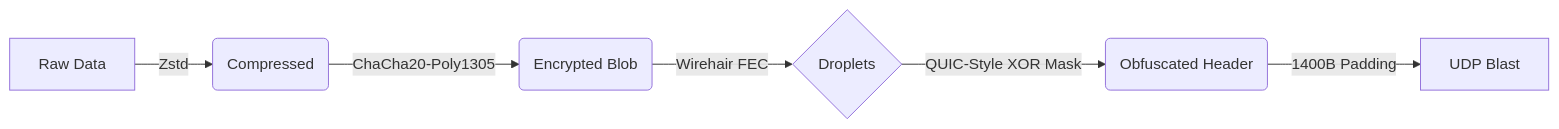
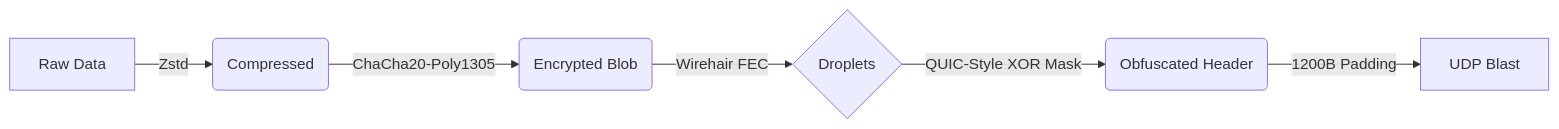
Before and after one commit to crux161/kyu2: the diagram in README.md, drawn with Mermaid. The commit also changed other lines of this file, not shown here.

````diff
--- a/README.md
+++ b/README.md
@@ -14,8 +14,8 @@
 ```mermaid
 graph LR
     A[Raw Data] -->|Zstd| B(Compressed)
     B -->|ChaCha20-Poly1305| C(Encrypted Blob)
     C -->|Wirehair FEC| D{Droplets}
     D -->|QUIC-Style XOR Mask| E(Obfuscated Header)
-    E -->|1400B Padding| F[UDP Blast]
+    E -->|1200B Padding| F[UDP Blast]
 ```
````
